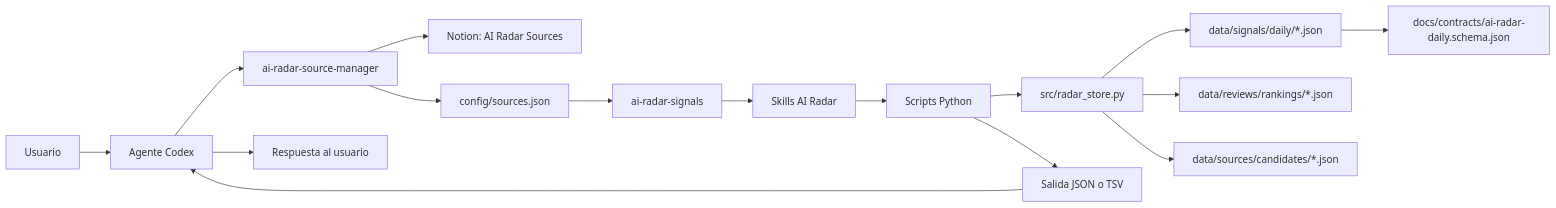
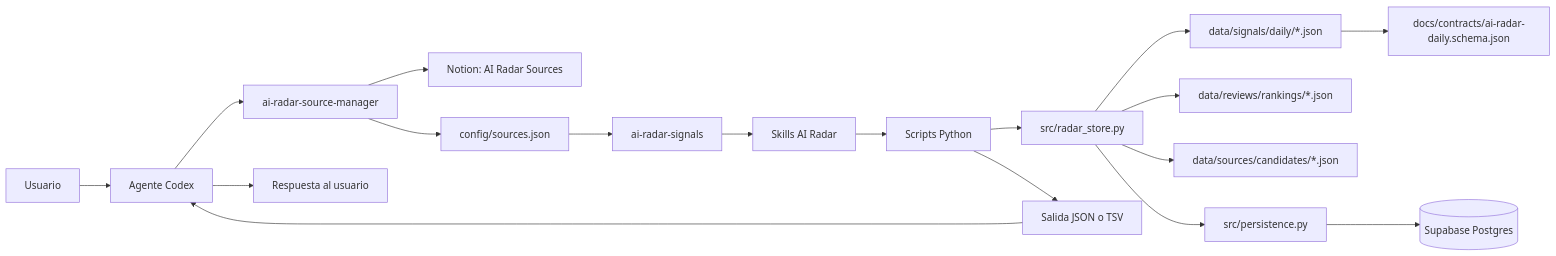
The first of 9 diagrams in docs/ai-radar-operating-model.md (PedroHincapie/codex-), drawn with Mermaid before and after one commit. The commit also changed other lines of this file and 13 other files, not shown here.

````diff
--- a/docs/ai-radar-operating-model.md
+++ b/docs/ai-radar-operating-model.md
@@ -22,18 +22,20 @@
 ```mermaid
 flowchart LR
   User[Usuario] --> Agent[Agente Codex]
   Agent --> Manager[ai-radar-source-manager]
   Manager --> Notion[Notion: AI Radar Sources]
   Manager --> Cache[config/sources.json]
   Cache --> Signals[ai-radar-signals]
   Signals --> Skills[Skills AI Radar]
   Skills --> Tools[Scripts Python]
   Tools --> Store[src/radar_store.py]
   Store --> Daily[data/signals/daily/*.json]
   Store --> Reviews[data/reviews/rankings/*.json]
   Store --> Sources[data/sources/candidates/*.json]
+  Store --> Persistence[src/persistence.py]
+  Persistence --> Supabase[(Supabase Postgres)]
   Daily --> Contract[docs/contracts/ai-radar-daily.schema.json]
   Tools --> Report[Salida JSON o TSV]
   Agent --> Response[Respuesta al usuario]
   Report --> Agent
 ```
````
